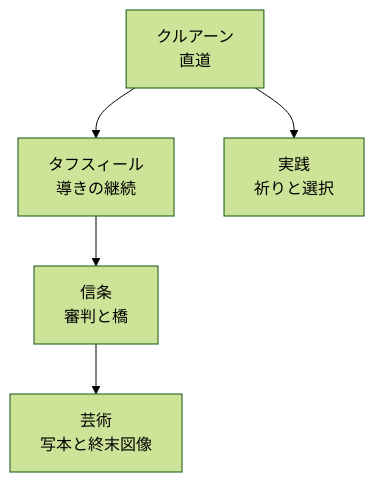
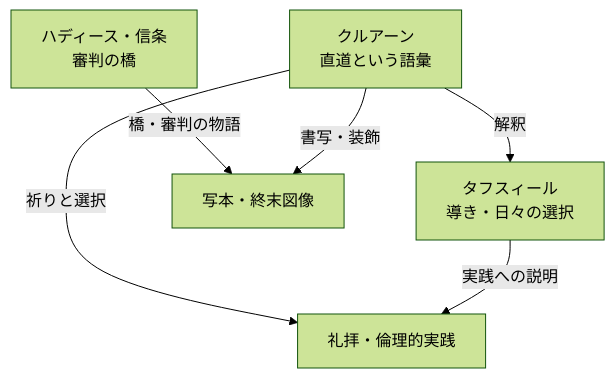
One commit to daylight55/research changed the diagram in articles/report/quran-sirat-path-bridge/ja/index.mdx. Above: the diagram before and after it, drawn with Mermaid (forest theme). The commit also changed 181 other files, not shown here.

First line of the commit message:
全記事の図解368点を再生成し、共通注意書きを削除 (#402)

````diff
--- a/articles/report/quran-sirat-path-bridge/ja/index.mdx
+++ b/articles/report/quran-sirat-path-bridge/ja/index.mdx
@@ -30,7 +30,15 @@
 ```mermaid
 flowchart TD
-  Q["クルアーン<br/>直道"] --> T["タフスィール<br/>導きの継続"]
-  T --> C["信条<br/>審判と橋"]
-  C --> A["芸術<br/>写本と終末図像"]
-  Q --> P["実践<br/>祈りと選択"]
+  accTitle: シラートの「直道」と「審判の橋」の典拠
+  accDescr: クルアーンの道の語彙、タフスィールの解釈、ハディース・信条の橋の描写を区別し、実践と図像への接続を示す。
+  N0["クルアーン<br/>直道という語彙"]
+  N1["タフスィール<br/>導き・日々の選択"]
+  N2["ハディース・信条<br/>審判の橋"]
+  N3["礼拝・倫理的実践"]
+  N4["写本・終末図像"]
+  N0 -->|解釈| N1
+  N0 -->|祈りと選択| N3
+  N2 -->|橋・審判の物語| N4
+  N0 -->|書写・装飾| N4
+  N1 -->|実践への説明| N3
 ```
````
